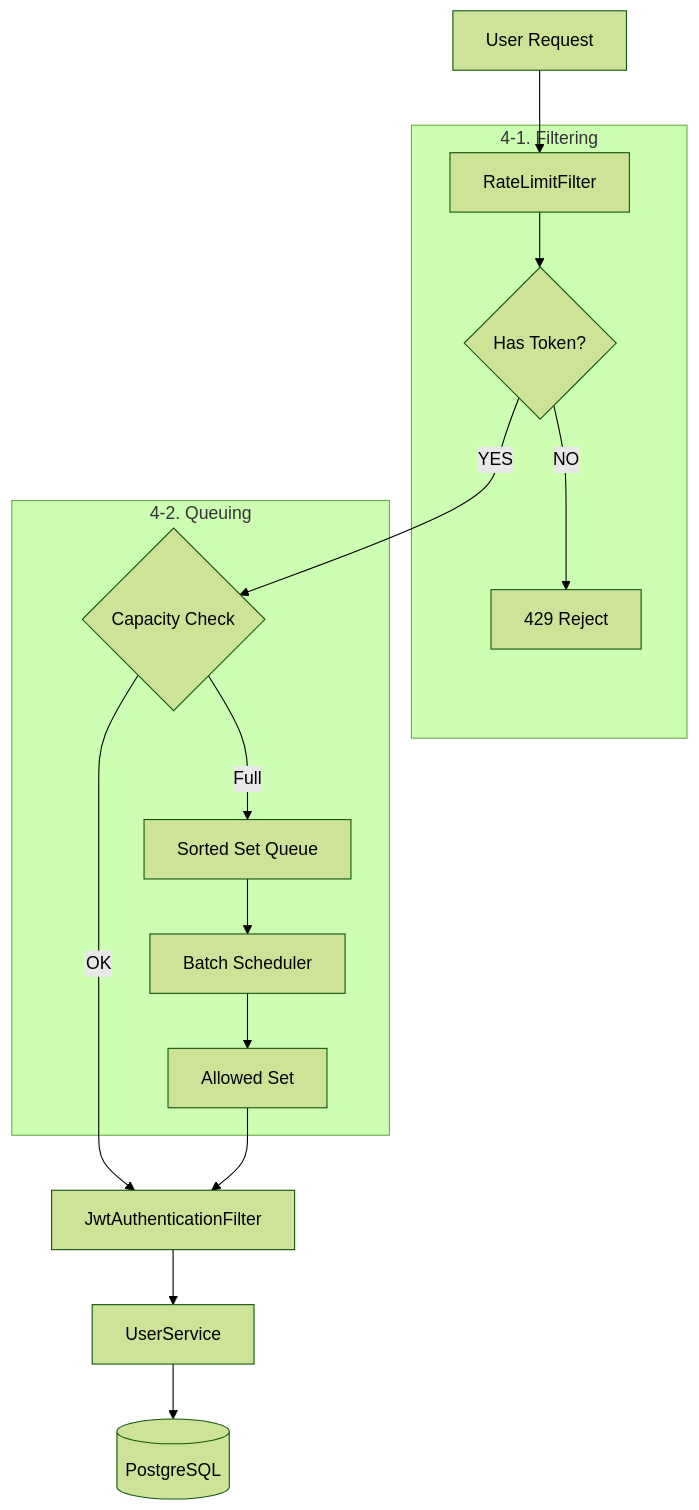
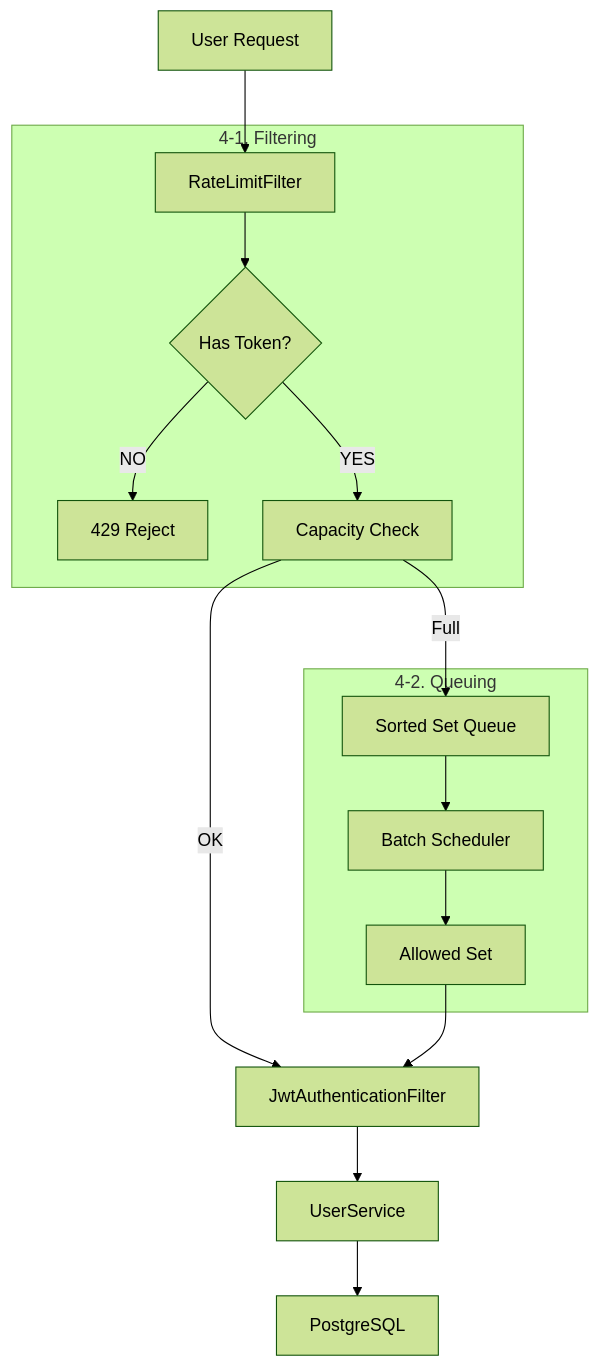
The diagram in docs/architecture/phase4_architecture.md (hello-pebble/oauth2-authorization), drawn with Mermaid (forest theme) before and after one commit.

````diff
--- a/docs/architecture/phase4_architecture.md
+++ b/docs/architecture/phase4_architecture.md
@@ -11,23 +11,22 @@
 ```mermaid
 graph TD
     User["User Request"] --> Filter["RateLimitFilter"]
-    
+
     subgraph Filtering_Logic ["4-1. Filtering"]
         Filter --> Check{"Has Token?"}
         Check -- "NO" --> Reject["429 Reject"]
+        Check -- "YES" --> Capacity["Capacity Check"]
     end
-    
-    Check -- "YES" --> Capacity{"Capacity Check"}
-    
+
     subgraph Queuing_Logic ["4-2. Queuing"]
         Capacity -- "Full" --> Wait["Sorted Set Queue"]
         Wait --> Scheduler["Batch Scheduler"]
         Scheduler --> Allowed["Allowed Set"]
     end
-    
+
     Capacity -- "OK" --> Auth["JwtAuthenticationFilter"]
     Allowed --> Auth
-    
+
     Auth --> Service["UserService"]
-    Service --> DB[("PostgreSQL")]
+    Service --> DB["PostgreSQL"]
 ```
````
